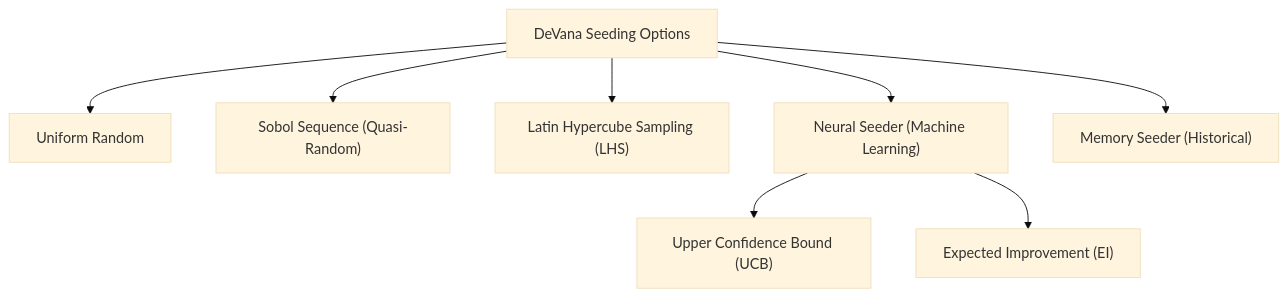
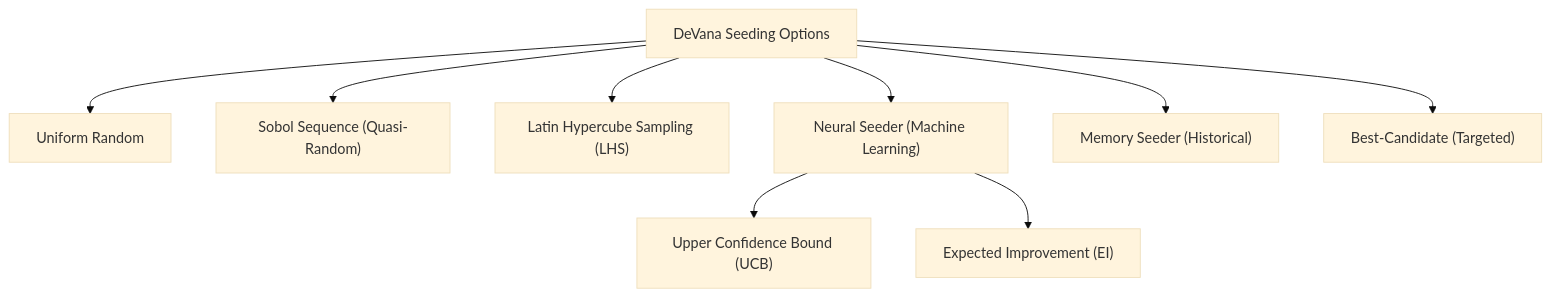
Before and after one commit to mahan2079/DeVana: the first of 3 diagrams in Documents/CoreComponents/Seeding.md, drawn with Mermaid (base theme). The commit also changed other lines of this file and 52 other files, not shown here.

````diff
--- a/Documents/CoreComponents/Seeding.md
+++ b/Documents/CoreComponents/Seeding.md
@@ -8,11 +8,12 @@
 ```mermaid
 graph TD
     Main["DeVana Seeding Options"] --> Random["Uniform Random"]
     Main --> Sobol["Sobol Sequence (Quasi-Random)"]
     Main --> LHS["Latin Hypercube Sampling (LHS)"]
     Main --> Neural["Neural Seeder (Machine Learning)"]
     Main --> Mem["Memory Seeder (Historical)"]
+    Main --> Best["Best-Candidate (Targeted)"]
     
     Neural --> UCB["Upper Confidence Bound (UCB)"]
     Neural --> EI["Expected Improvement (EI)"]
 ```
````
